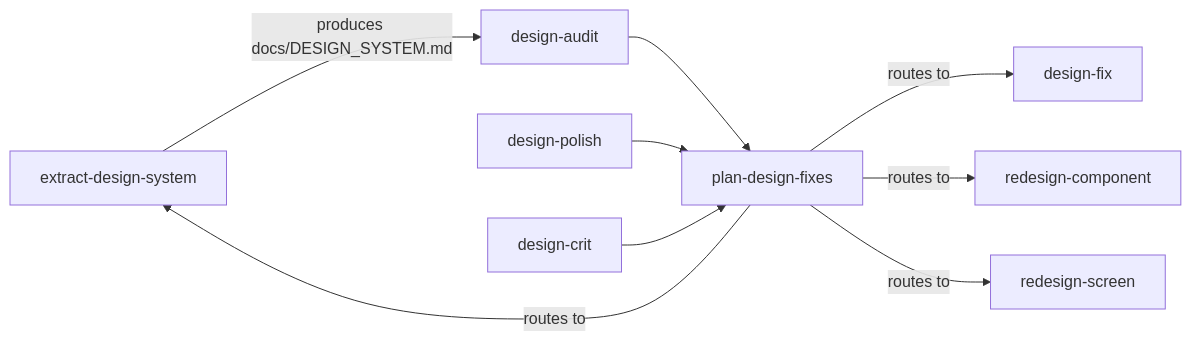
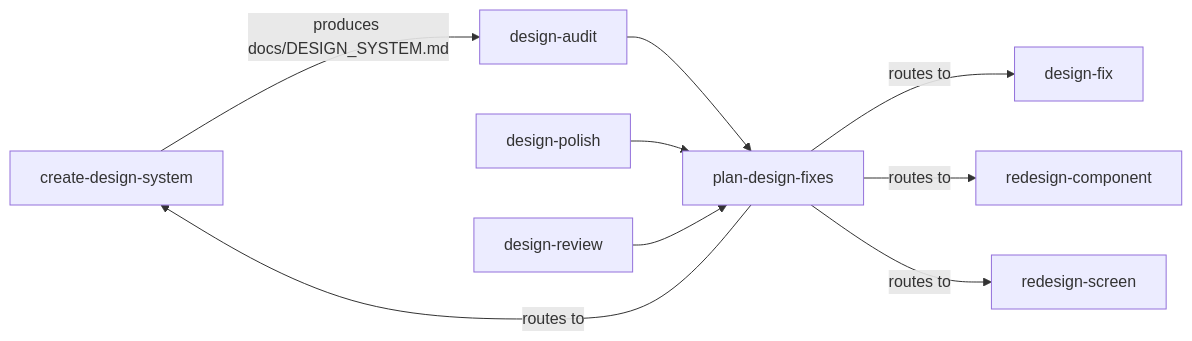
One commit to pnewsam/skills changed the third of 8 diagrams in README.md. Above: the diagram before and after it, drawn with Mermaid. The commit also changed other lines of this file and 6 other files, not shown here.

Commit message:
Fix design system skill, update readme

````diff
--- a/README.md
+++ b/README.md
@@ -56,11 +56,11 @@
 ```mermaid
 flowchart LR
-    EDS[extract-design-system] -->|produces docs/DESIGN_SYSTEM.md| DA[design-audit]
+    CDS[create-design-system] -->|produces docs/DESIGN_SYSTEM.md| DA[design-audit]
     DA --> PDF[plan-design-fixes]
     DP[design-polish] --> PDF
-    DC[design-crit] --> PDF
+    DR[design-review] --> PDF
     PDF -->|routes to| DF[design-fix]
     PDF -->|routes to| RC[redesign-component]
     PDF -->|routes to| RS[redesign-screen]
-    PDF -->|routes to| EDS
+    PDF -->|routes to| CDS
 ```
````
